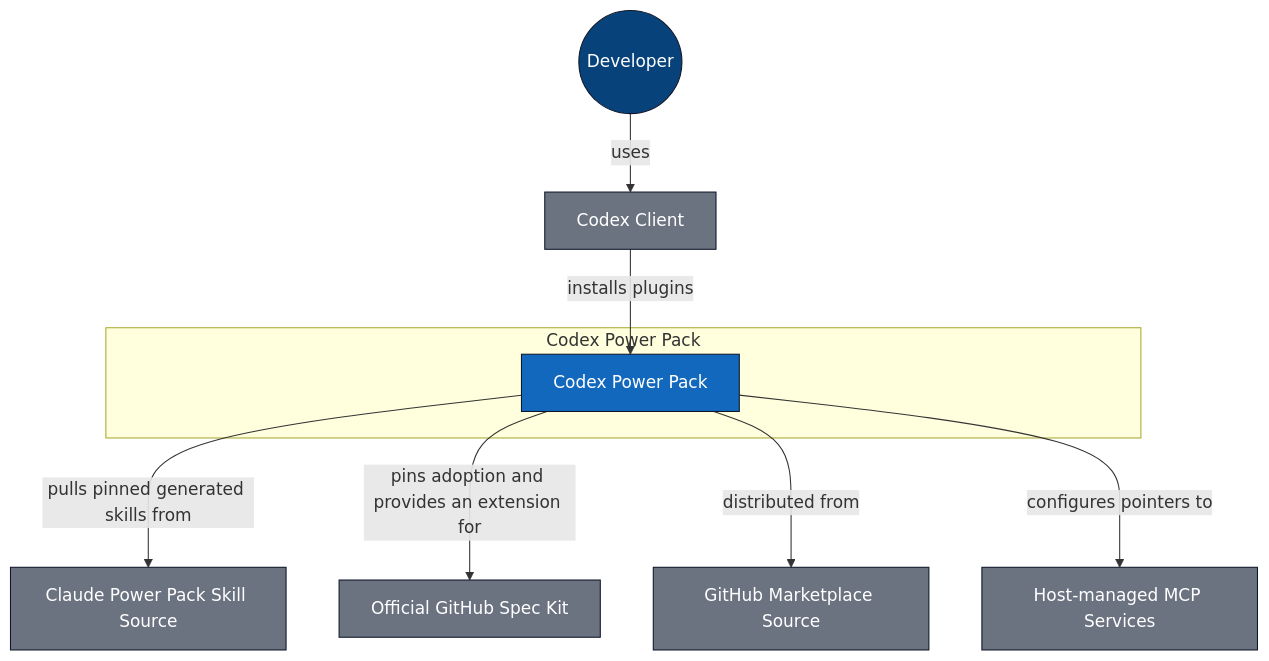
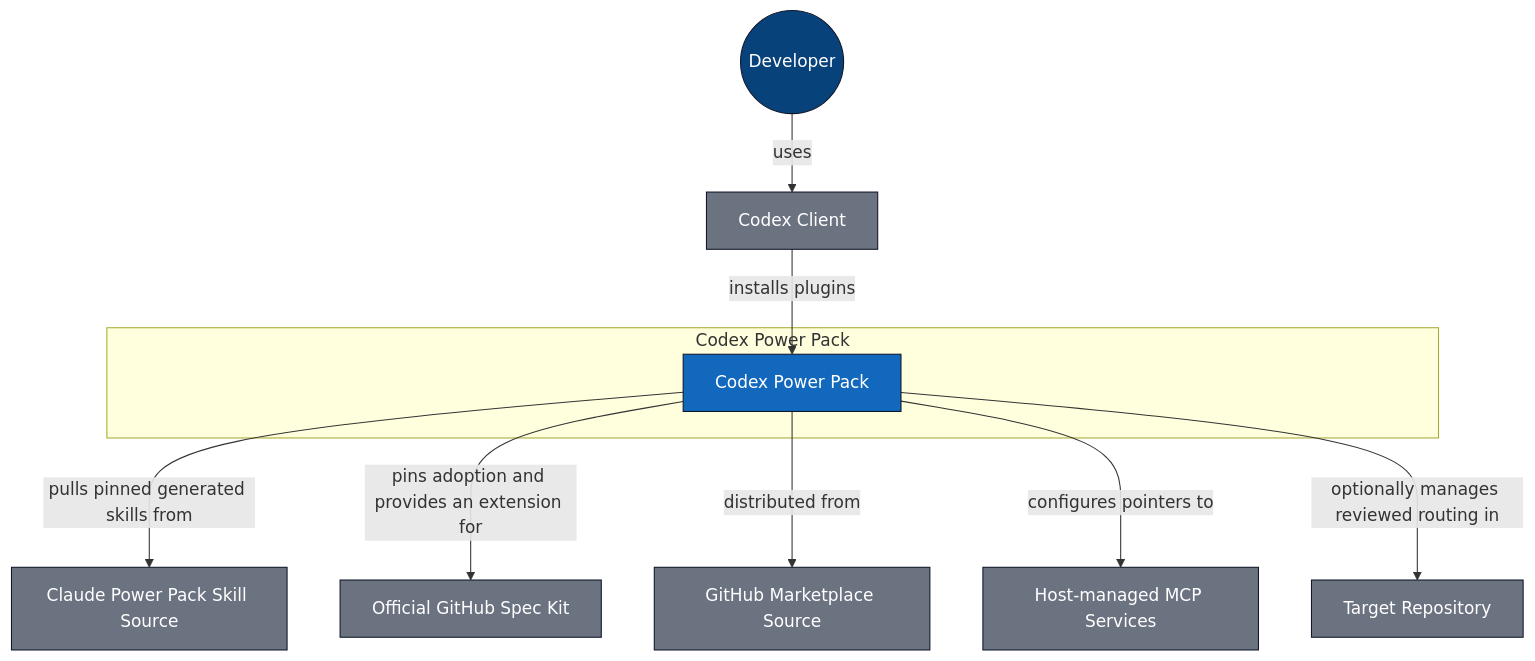
The first of 7 diagrams in docs/architecture/index.md (cooneycw/codex-power-pack), drawn with Mermaid before and after one commit. The commit also changed other lines of this file and 42 other files, not shown here.

````diff
--- a/docs/architecture/index.md
+++ b/docs/architecture/index.md
@@ -7,21 +7,23 @@
 ```mermaid
 flowchart TB
   subgraph cxpp_boundary["Codex Power Pack"]
     cxpp["Codex Power Pack"]:::system_focus
   end
   developer(("Developer")):::person
   codex["Codex Client"]:::system
   cpp["Claude Power Pack Skill Source"]:::system
   spec_kit["Official GitHub Spec Kit"]:::system
   github["GitHub Marketplace Source"]:::system
   host_mcp["Host-managed MCP Services"]:::system
+  target_repository["Target Repository"]:::system
   developer -->|"uses"| codex
   codex -->|"installs plugins"| cxpp
   cxpp -->|"pulls pinned generated skills from"| cpp
   cxpp -->|"pins adoption and provides an extension for"| spec_kit
   cxpp -->|"distributed from"| github
   cxpp -->|"configures pointers to"| host_mcp
+  cxpp -->|"optionally manages reviewed routing in"| target_repository
   classDef person fill:#08427b,color:#ffffff,stroke:#0f172a
   classDef system fill:#6b7280,color:#ffffff,stroke:#0f172a
   classDef system_focus fill:#1168bd,color:#ffffff,stroke:#0f172a
 ```
````
